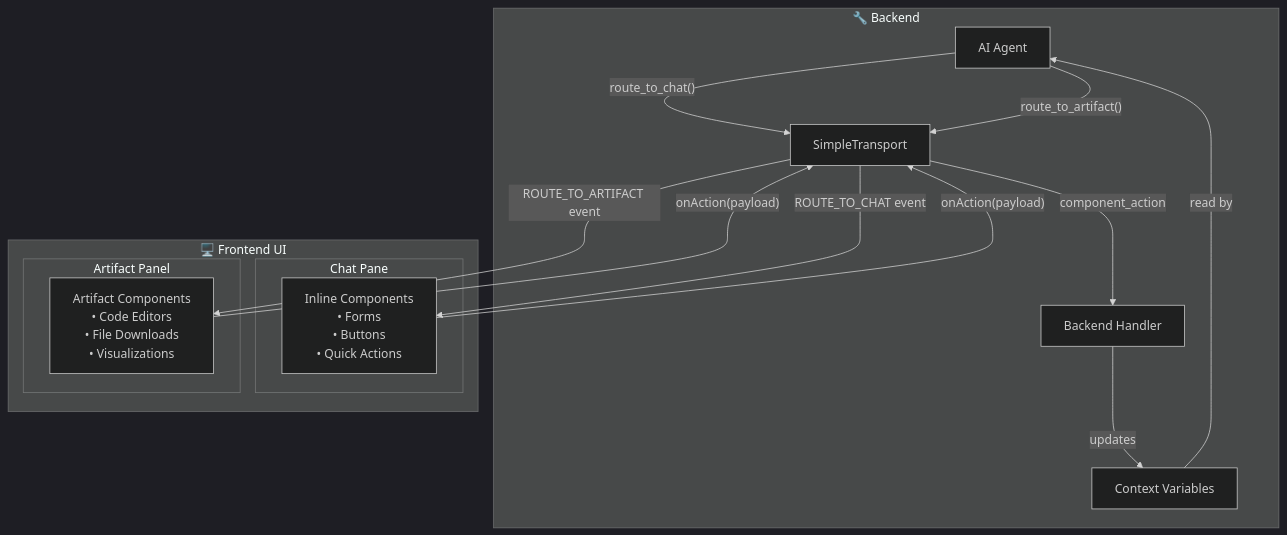
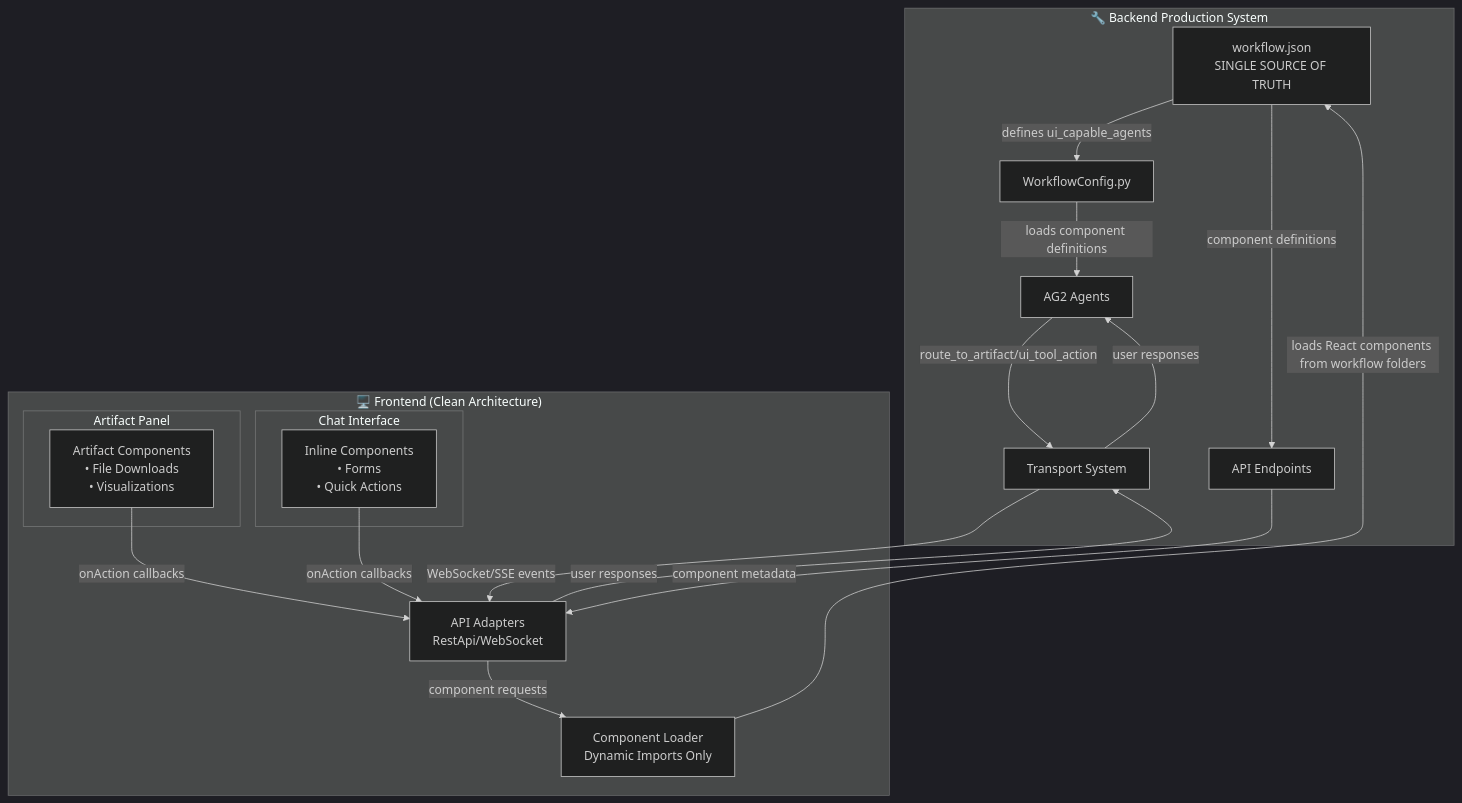
Before and after one commit to BlocUnited-LLC/mozaiks-ai: the diagram in docs/DYNAMIC_UI_SYSTEM.md, drawn with Mermaid (dark theme). The commit also changed other lines of this file and 41 other files, not shown here.

Commit message:
Cleanup registry, update docs, remove legacy code, and improve architecture references

````diff
--- a/docs/DYNAMIC_UI_SYSTEM.md
+++ b/docs/DYNAMIC_UI_SYSTEM.md
@@ -5,29 +13,36 @@
 ```mermaid
 flowchart TD
-    subgraph Backend["🔧 Backend"]
-        A[AI Agent] 
-        T[SimpleTransport]
-        H[Backend Handler]
-        CV[Context Variables]
+    subgraph Backend["🔧 Backend Production System"]
+        WF[workflow.json<br/>SINGLE SOURCE OF TRUTH] 
+        AG[AG2 Agents]
+        TR[Transport System]
+        WC[WorkflowConfig.py]
+        API[API Endpoints]
     end
     
-    subgraph Frontend["🖥️ Frontend UI"]
-        subgraph ChatPane["Chat Pane"]
-            IC["Inline Components<br/>• Forms<br/>• Buttons<br/>• Quick Actions"]
+    subgraph Frontend["🖥️ Frontend (Clean Architecture)"]
+        subgraph Chat["Chat Interface"]
+            IC["Inline Components<br/>• Forms<br/>• Quick Actions"]
         end
         
-        subgraph ArtifactPane["Artifact Panel"]
-            AC["Artifact Components<br/>• Code Editors<br/>• File Downloads<br/>• Visualizations"]
+        subgraph Artifacts["Artifact Panel"]
+            AC["Artifact Components<br/>• File Downloads<br/>• Visualizations"]
         end
+        
+        AA[API Adapters<br/>RestApi/WebSocket]
+        CL[Component Loader<br/>Dynamic Imports Only]
     end
     
-    A -->|"route_to_chat()"| T
-    A -->|"route_to_artifact()"| T
-    T -->|"ROUTE_TO_CHAT event"| IC
-    T -->|"ROUTE_TO_ARTIFACT event"| AC
-    IC -->|"onAction(payload)"| T
-    AC -->|"onAction(payload)"| T
-    T -->|"component_action"| H
-    H -->|"updates"| CV
-    CV -->|"read by"| A
+    WF -->|"defines ui_capable_agents"| WC
+    WF -->|"component definitions"| API
+    API -->|"component metadata"| AA
+    WC -->|"loads component definitions"| AG
+    AG -->|"route_to_artifact/ui_tool_action"| TR
+    TR -->|"WebSocket/SSE events"| AA
+    AA -->|"component requests"| CL
+    CL -->|"loads React components from workflow folders"| WF
+    IC -->|"onAction callbacks"| AA
+    AC -->|"onAction callbacks"| AA
+    AA -->|"user responses"| TR
+    TR -->|"user responses"| AG
 ```
````
